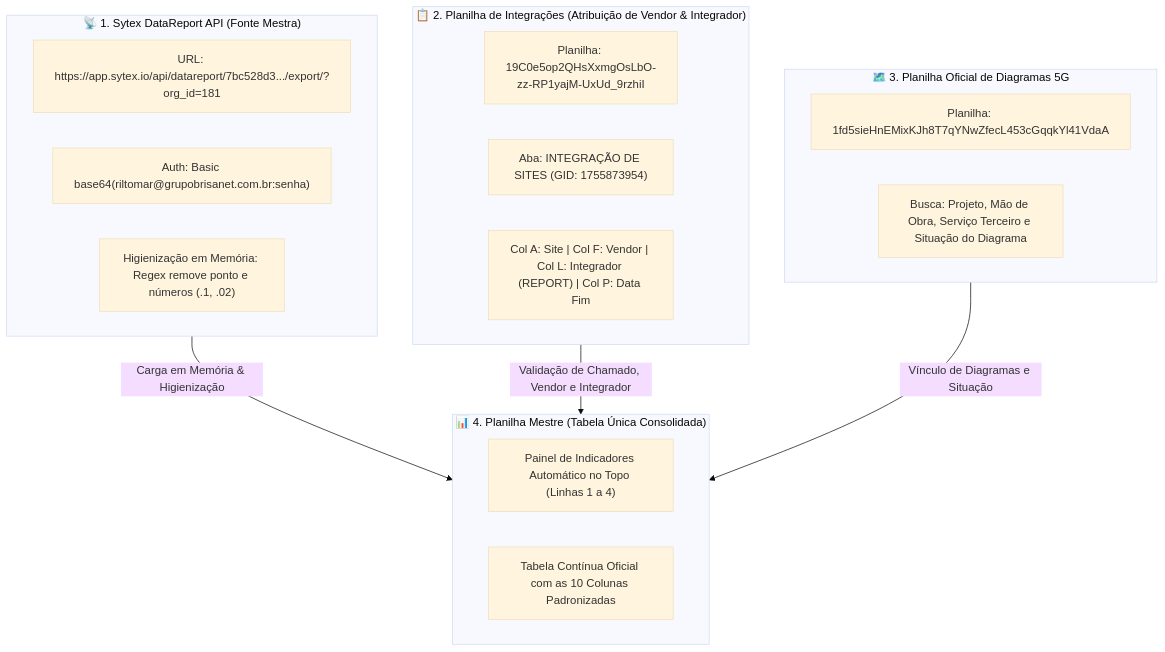
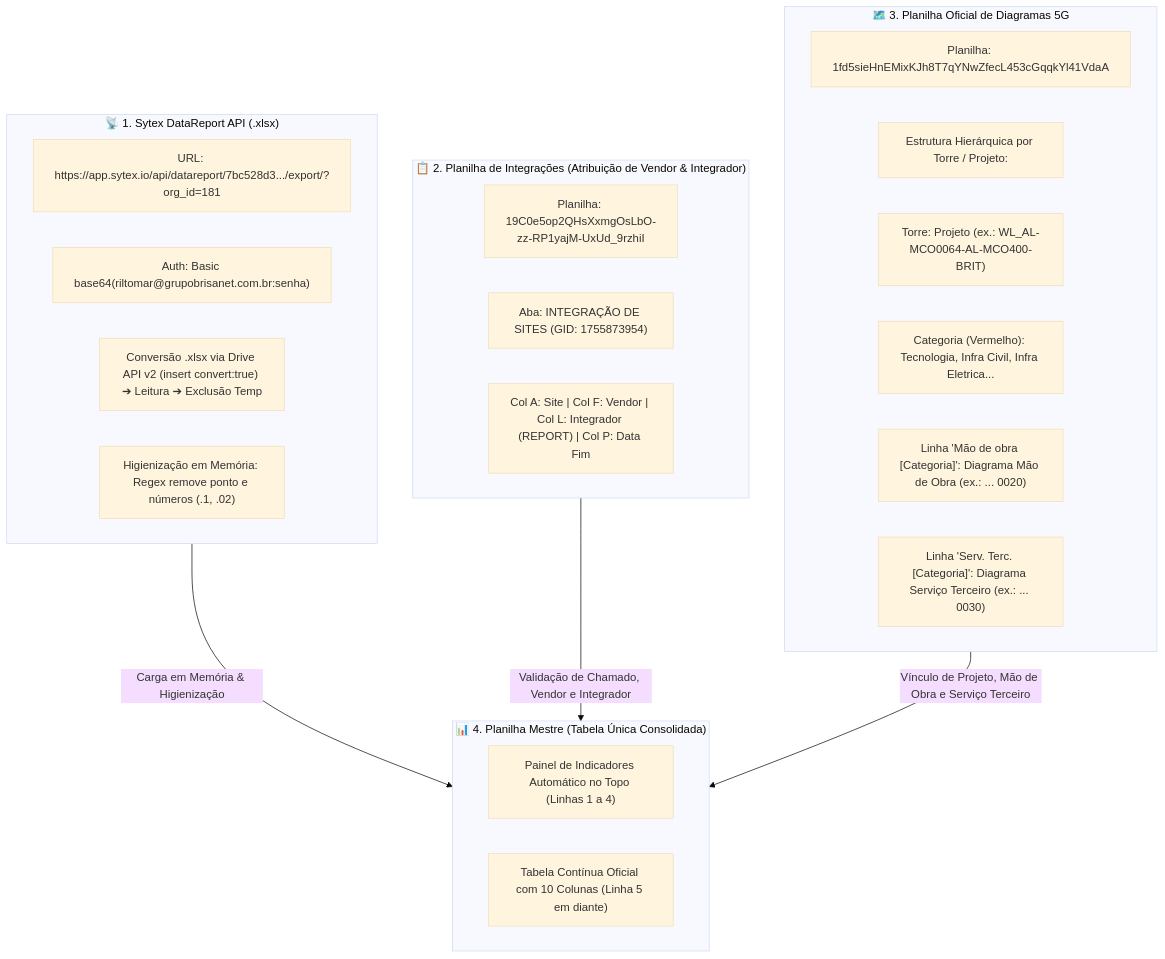
The diagram in automacao-diagramas/ARQUITETURA_NOVA_ESTRATEGIA.md (Rodrihenrique/orcamento-fpa), drawn with Mermaid (base theme) before and after one commit. The commit also changed other lines of this file, not shown here.

Commit message:
docs(diagramas): mapear retorno xlsx do sytex e hierarquia de categorias de diagramas do print

````diff
--- a/automacao-diagramas/ARQUITETURA_NOVA_ESTRATEGIA.md
+++ b/automacao-diagramas/ARQUITETURA_NOVA_ESTRATEGIA.md
@@ -10,28 +10,33 @@
 ```mermaid
 flowchart TD
-    subgraph Sytex["📡 1. Sytex DataReport API (Fonte Mestra)"]
+    subgraph Sytex["📡 1. Sytex DataReport API (.xlsx)"]
         S_URL["URL: https://app.sytex.io/api/datareport/7bc528d3.../export/?org_id=181"]
         S_Cred["Auth: Basic base64(riltomar@grupobrisanet.com.br:senha)"]
+        S_Conv["Conversão .xlsx via Drive API v2 (insert convert:true) ➔ Leitura ➔ Exclusão Temp"]
         S_Sanit["Higienização em Memória: Regex remove ponto e números (.1, .02)"]
     end
 
     subgraph Integracao["📋 2. Planilha de Integrações (Atribuição de Vendor & Integrador)"]
         I_Sheet["Planilha: 19C0e5op2QHsXxmgOsLbO-zz-RP1yajM-UxUd_9rzhiI"]
         I_Aba["Aba: INTEGRAÇÃO DE SITES (GID: 1755873954)"]
         I_Cols["Col A: Site | Col F: Vendor | Col L: Integrador (REPORT) | Col P: Data Fim"]
     end
 
     subgraph Diagramas["🗺️ 3. Planilha Oficial de Diagramas 5G"]
         D_Sheet["Planilha: 1fd5sieHnEMixKJh8T7qYNwZfecL453cGqqkYl41VdaA"]
-        D_Cols["Busca: Projeto, Mão de Obra, Serviço Terceiro e Situação do Diagrama"]
+        D_Struct["Estrutura Hierárquica por Torre / Projeto:"]
+        D_Sub1["Torre: Projeto (ex.: WL_AL-MCO0064-AL-MCO400-BRIT)"]
+        D_Sub2["Categoria (Vermelho): Tecnologia, Infra Civil, Infra Eletrica..."]
+        D_Sub3["Linha 'Mão de obra [Categoria]': Diagrama Mão de Obra (ex.: ... 0020)"]
+        D_Sub4["Linha 'Serv. Terc. [Categoria]': Diagrama Serviço Terceiro (ex.: ... 0030)"]
     end
 
     subgraph Destino["📊 4. Planilha Mestre (Tabela Única Consolidada)"]
         M_Dash["Painel de Indicadores Automático no Topo (Linhas 1 a 4)"]
-        M_Table["Tabela Contínua Oficial com as 10 Colunas Padronizadas"]
+        M_Table["Tabela Contínua Oficial com 10 Colunas (Linha 5 em diante)"]
     end
 
     Sytex -->|Carga em Memória & Higienização| Destino
     Integracao -->|Validação de Chamado, Vendor e Integrador| Destino
-    Diagramas -->|Vínculo de Diagramas e Situação| Destino
+    Diagramas -->|Vínculo de Projeto, Mão de Obra e Serviço Terceiro| Destino
 ```
````
